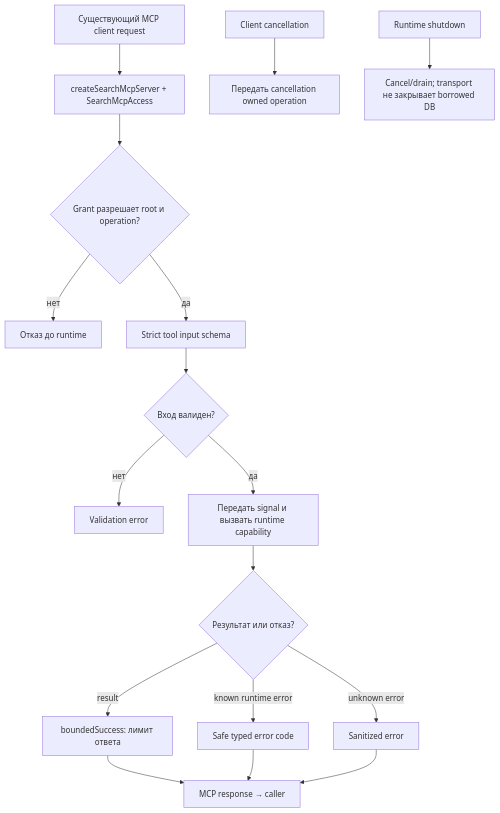
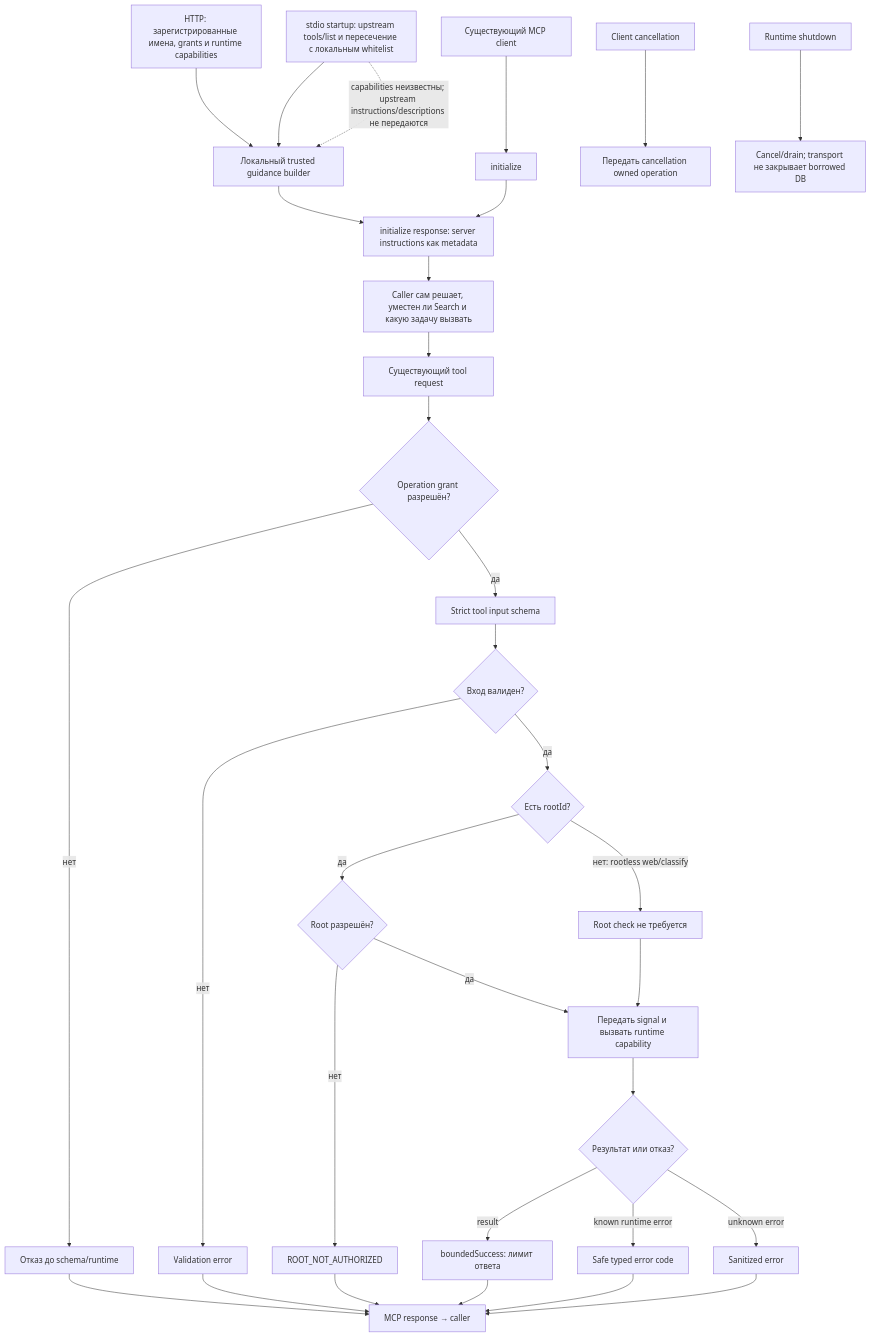
The diagram in src/mcp/README.md (zoomplus/zorya-search), drawn with Mermaid before and after one commit. The commit also changed other lines of this file, not shown here.

Commit message:
docs(mcp): map initialization guidance and dispatch boundaries

````diff
--- a/src/mcp/README.md
+++ b/src/mcp/README.md
@@ -5,19 +5,34 @@
 ```mermaid
 flowchart TD
- A["Существующий MCP client request"] --> B["createSearchMcpServer + SearchMcpAccess"]
- B --> C{"Grant разрешает root и operation?"}
- C -->|"нет"| D["Отказ до runtime"]
- C -->|"да"| E["Strict tool input schema"]
- E --> F{"Вход валиден?"}
- F -->|"нет"| G["Validation error"]
- F -->|"да"| H["Передать signal и вызвать runtime capability"]
- H --> I{"Результат или отказ?"}
- I -->|"result"| J["boundedSuccess: лимит ответа"]
- I -->|"known runtime error"| K["Safe typed error code"]
- I -->|"unknown error"| L["Sanitized error"]
- J --> M["MCP response → caller"]
- K --> M
- L --> M
- N["Client cancellation"] --> O["Передать cancellation owned operation"]
- P["Runtime shutdown"] --> Q["Cancel/drain; transport не закрывает borrowed DB"]
+ A["Существующий MCP client"] --> B["initialize"]
+ C["HTTP: зарегистрированные имена, grants и runtime capabilities"] --> E["Локальный trusted guidance builder"]
+ D["stdio startup: upstream tools/list и пересечение с локальным whitelist"] --> E
+ D -.->|"capabilities неизвестны; upstream instructions/descriptions не передаются"| E
+ E --> F["initialize response: server instructions как metadata"]
+ B --> F
+ F --> G["Caller сам решает, уместен ли Search и какую задачу вызвать"]
+ G --> H["Существующий tool request"]
+ H --> I{"Operation grant разрешён?"}
+ I -->|"нет"| J["Отказ до schema/runtime"]
+ I -->|"да"| K["Strict tool input schema"]
+ K --> L{"Вход валиден?"}
+ L -->|"нет"| M["Validation error"]
+ L -->|"да"| N{"Есть rootId?"}
+ N -->|"да"| O{"Root разрешён?"}
+ N -->|"нет: rootless web/classify"| P["Root check не требуется"]
+ O -->|"нет"| Q["ROOT_NOT_AUTHORIZED"]
+ O -->|"да"| R["Передать signal и вызвать runtime capability"]
+ P --> R
+ R --> S{"Результат или отказ?"}
+ S -->|"result"| T["boundedSuccess: лимит ответа"]
+ S -->|"known runtime error"| U["Safe typed error code"]
+ S -->|"unknown error"| V["Sanitized error"]
+ T --> W["MCP response → caller"]
+ U --> W
+ V --> W
+ J --> W
+ M --> W
+ Q --> W
+ X["Client cancellation"] --> Y["Передать cancellation owned operation"]
+ Z["Runtime shutdown"] --> AA["Cancel/drain; transport не закрывает borrowed DB"]
 ```
````
